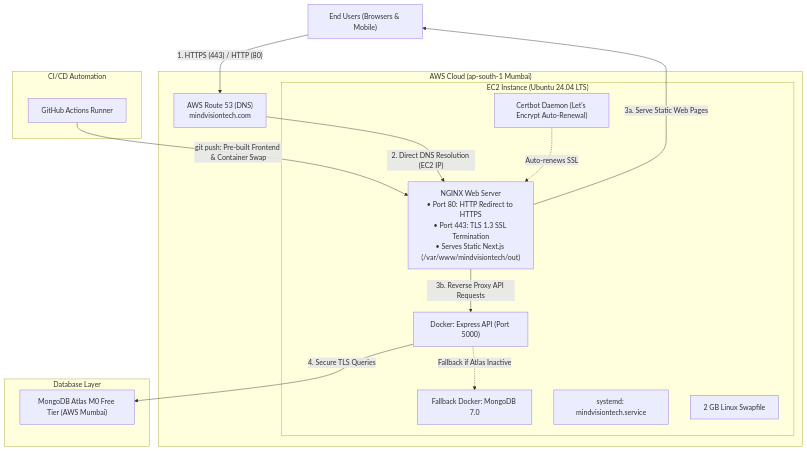
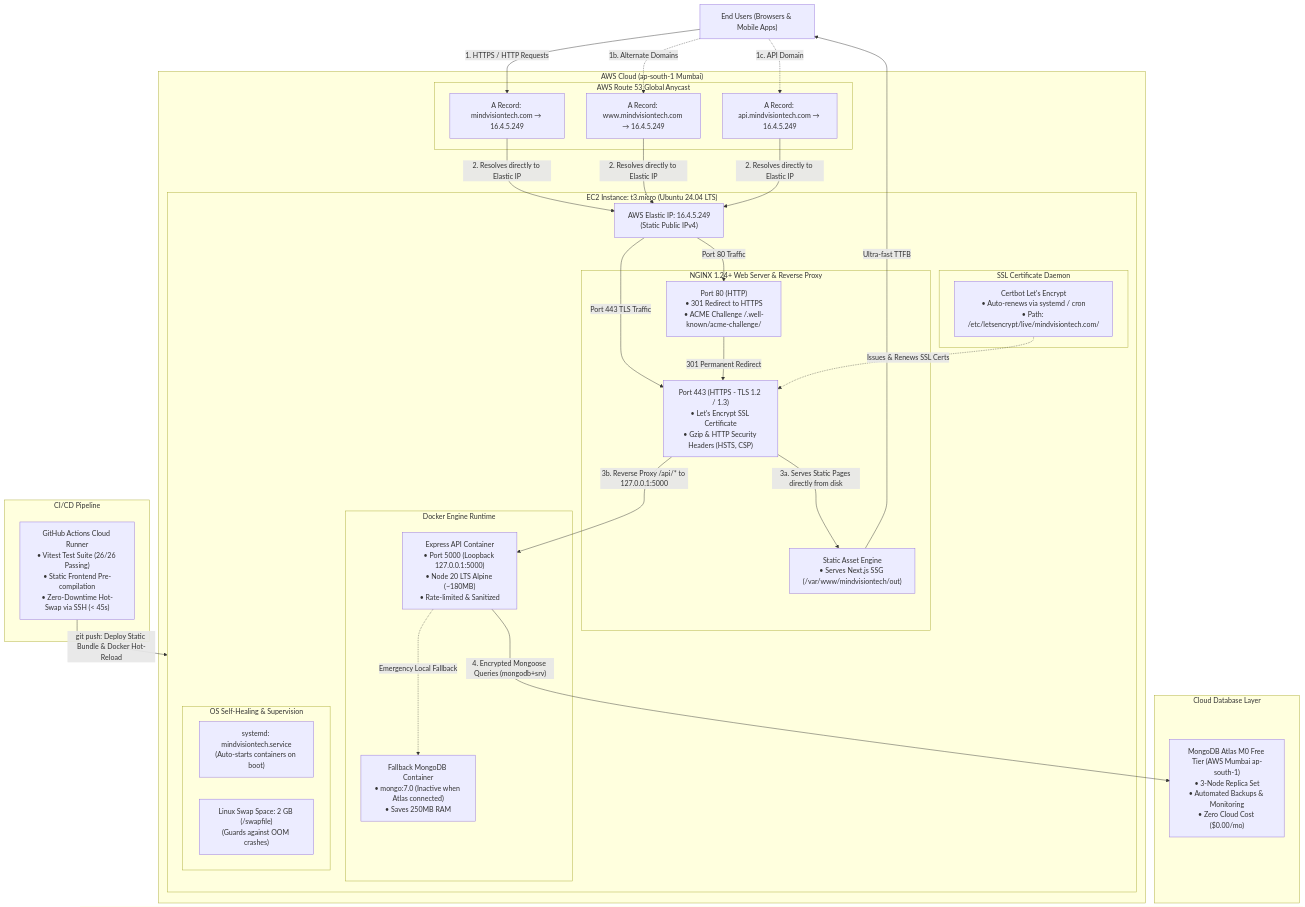
The first of 2 diagrams in SYSTEM_ARCHITECTURE.md (vasanthakumarj2004/mindvisiontech), drawn with Mermaid before and after one commit. The commit also changed other lines of this file and 1 other file, not shown here.

Commit message:
docs: update system architecture diagram and comprehensive cost details with Elastic IP and ALB elimination savings

````diff
--- a/SYSTEM_ARCHITECTURE.md
+++ b/SYSTEM_ARCHITECTURE.md
@@ -62,35 +62,65 @@
 ```mermaid
 flowchart TD
-    Users["End Users (Browsers & Mobile)"]
+    Users["End Users (Browsers & Mobile Apps)"]
 
     subgraph AWS["AWS Cloud (ap-south-1 Mumbai)"]
-        R53["AWS Route 53 (DNS)<br/>mindvisiontech.com"]
-        
-        subgraph EC2["EC2 Instance (Ubuntu 24.04 LTS)"]
-            NGINX["NGINX Web Server<br/>• Port 80: HTTP Redirect to HTTPS<br/>• Port 443: TLS 1.3 SSL Termination<br/>• Serves Static Next.js (/var/www/mindvisiontech/out)"]
-            Certbot["Certbot Daemon (Let's Encrypt Auto-Renewal)"]
-            API["Docker: Express API (Port 5000)"]
-            FallbackDB["Fallback Docker: MongoDB 7.0"]
-            Systemd["systemd: mindvisiontech.service"]
-            Swap["2 GB Linux Swapfile"]
+        subgraph DNS["AWS Route 53 Global Anycast"]
+            R53Apex["A Record: mindvisiontech.com &rarr; 16.4.5.249"]
+            R53WWW["A Record: www.mindvisiontech.com &rarr; 16.4.5.249"]
+            R53API["A Record: api.mindvisiontech.com &rarr; 16.4.5.249"]
+        end
+
+        subgraph EC2Host["EC2 Instance: t3.micro (Ubuntu 24.04 LTS)"]
+            EIP["AWS Elastic IP: 16.4.5.249<br/>(Static Public IPv4)"]
+
+            subgraph WebProxy["NGINX 1.24+ Web Server & Reverse Proxy"]
+                P80["Port 80 (HTTP)<br/>• 301 Redirect to HTTPS<br/>• ACME Challenge /.well-known/acme-challenge/"]
+                P443["Port 443 (HTTPS - TLS 1.2 / 1.3)<br/>• Let's Encrypt SSL Certificate<br/>• Gzip & HTTP Security Headers (HSTS, CSP)"]
+                StaticFiles["Static Asset Engine<br/>• Serves Next.js SSG (/var/www/mindvisiontech/out)"]
+            end
+
+            subgraph CertbotLayer["SSL Certificate Daemon"]
+                Certbot["Certbot Let's Encrypt<br/>• Auto-renews via systemd / cron<br/>• Path: /etc/letsencrypt/live/mindvisiontech.com/"]
+            end
+
+            subgraph DockerServices["Docker Engine Runtime"]
+                API["Express API Container<br/>• Port 5000 (Loopback 127.0.0.1:5000)<br/>• Node 20 LTS Alpine (~180MB)<br/>• Rate-limited & Sanitized"]
+                FallbackDB["Fallback MongoDB Container<br/>• mongo:7.0 (Inactive when Atlas connected)<br/>• Saves 250MB RAM"]
+            end
+
+            subgraph SystemResilience["OS Self-Healing & Supervision"]
+                Systemd["systemd: mindvisiontech.service<br/>(Auto-starts containers on boot)"]
+                Swap["Linux Swap Space: 2 GB (/swapfile)<br/>(Guards against OOM crashes)"]
+            end
         end
     end
 
-    subgraph DB["Database Layer"]
-        Atlas["MongoDB Atlas M0 Free Tier (AWS Mumbai)"]
+    subgraph ManagedDB["Cloud Database Layer"]
+        Atlas["MongoDB Atlas M0 Free Tier (AWS Mumbai ap-south-1)<br/>• 3-Node Replica Set<br/>• Automated Backups & Monitoring<br/>• Zero Cloud Cost ($0.00/mo)"]
     end
 
-    subgraph CI["CI/CD Automation"]
-        GHA["GitHub Actions Runner"]
+    subgraph Automation["CI/CD Pipeline"]
+        GHA["GitHub Actions Cloud Runner<br/>• Vitest Test Suite (26/26 Passing)<br/>• Static Frontend Pre-compilation<br/>• Zero-Downtime Hot-Swap via SSH (< 45s)"]
     end
 
-    Users -->|"1. HTTPS (443) / HTTP (80)"| R53
-    R53 -->|"2. Direct DNS Resolution (EC2 IP)"| NGINX
-    Certbot -.->|"Auto-renews SSL"| NGINX
-    NGINX -->|"3a. Serve Static Web Pages"| Users
-    NGINX -->|"3b. Reverse Proxy API Requests"| API
-    API -->|"4. Secure TLS Queries"| Atlas
-    API -.->|"Fallback if Atlas Inactive"| FallbackDB
+    %% Traffic Flow
+    Users -->|"1. HTTPS / HTTP Requests"| R53Apex
+    Users -.->|"1b. Alternate Domains"| R53WWW
+    Users -.->|"1c. API Domain"| R53API
+    R53Apex -->|"2. Resolves directly to Elastic IP"| EIP
+    R53WWW -->|"2. Resolves directly to Elastic IP"| EIP
+    R53API -->|"2. Resolves directly to Elastic IP"| EIP
 
-    GHA -->|"git push: Pre-built Frontend & Container Swap"| NGINX
+    EIP -->|"Port 80 Traffic"| P80
+    EIP -->|"Port 443 TLS Traffic"| P443
+    P80 -->|"301 Permanent Redirect"| P443
+    Certbot -.->|"Issues & Renews SSL Certs"| P443
+
+    P443 -->|"3a. Serves Static Pages directly from disk"| StaticFiles
+    StaticFiles -->|"Ultra-fast TTFB"| Users
+    P443 -->|"3b. Reverse Proxy /api/* to 127.0.0.1:5000"| API
+    API -->|"4. Encrypted Mongoose Queries (mongodb+srv)"| Atlas
+    API -.->|"Emergency Local Fallback"| FallbackDB
+
+    GHA -->|"git push: Deploy Static Bundle & Docker Hot-Reload"| EC2Host
 ```
````
